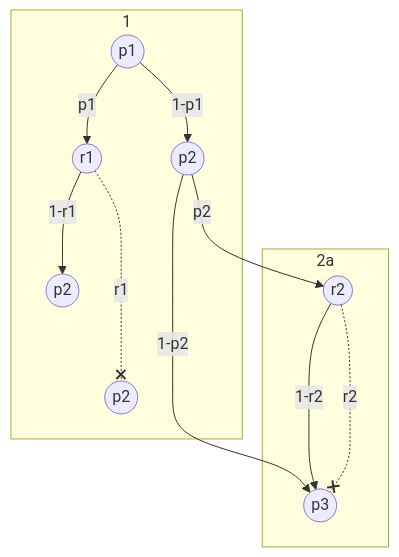
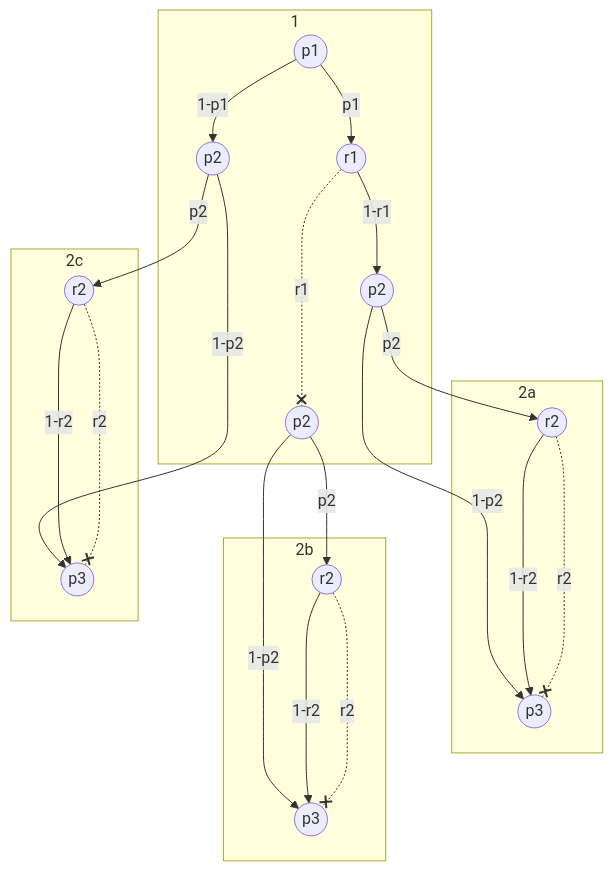
Before and after one commit to bfeitknecht/vault: the third of 4 diagrams in vault/sem2/AuW/UE/cx/bf/cx07-bf.md, drawn with Mermaid. The commit also changed other lines of this file, not shown here.

````diff
--- a/vault/sem2/AuW/UE/cx/bf/cx07-bf.md
+++ b/vault/sem2/AuW/UE/cx/bf/cx07-bf.md
@@ -80,29 +80,50 @@
 ```mermaid
 flowchart TD
 
 subgraph 1
 id1((p1))
 id2((r1))
 
 id3((p2))
 id4((p2))
 id5((p2))
 
 id1-->|"1-p1"|id3
 id1-->|"p1"|id2
 id2-->|"1-r1"|id4
 id2-..-x|"r1"|id5
 end
 
 subgraph 2a
+id8((r2))
+id9((p3))
+
+id4-->|"1-p2"|id9
+id4-->|"p2"|id8
+id8-->|"1-r2"|id9
+id8-..-x|"r2"|id9
+end
+
+subgraph 2b
+id10((r2))
+id11((p3))
+
+id5-->|"1-p2"|id11
+id5-->|"p2"|id10
+id10-->|"1-r2"|id11
+id10-..-x|"r2"|id11
+end
+
+subgraph 2c
 id6((r2))
 id7((p3))
 
 id3-->|"1-p2"|id7
 id3-->|"p2"|id6
 id6-->|"1-r2"|id7
 id6-..-x|"r2"|id7
 end
 
 
+
 ```
````
